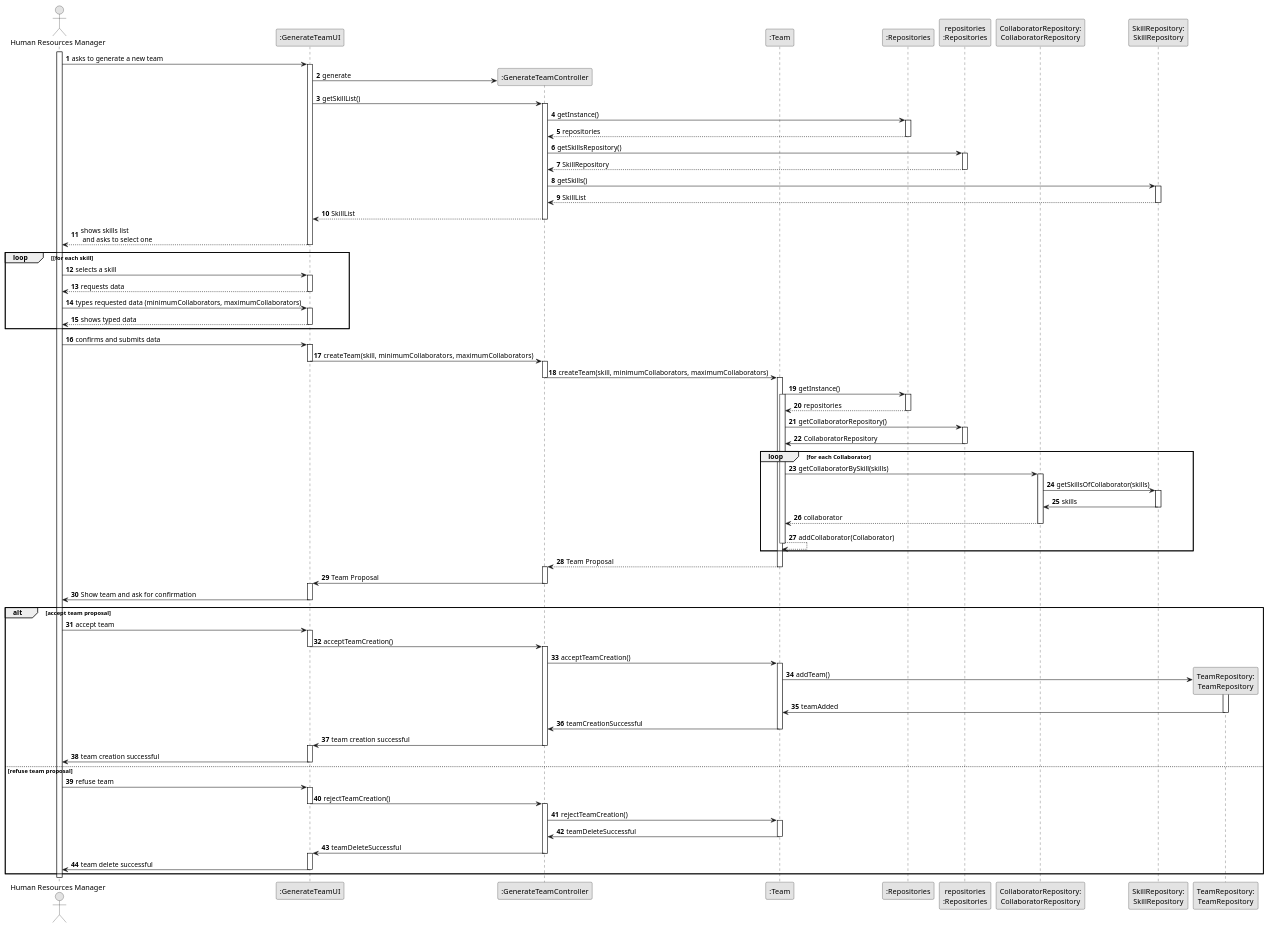
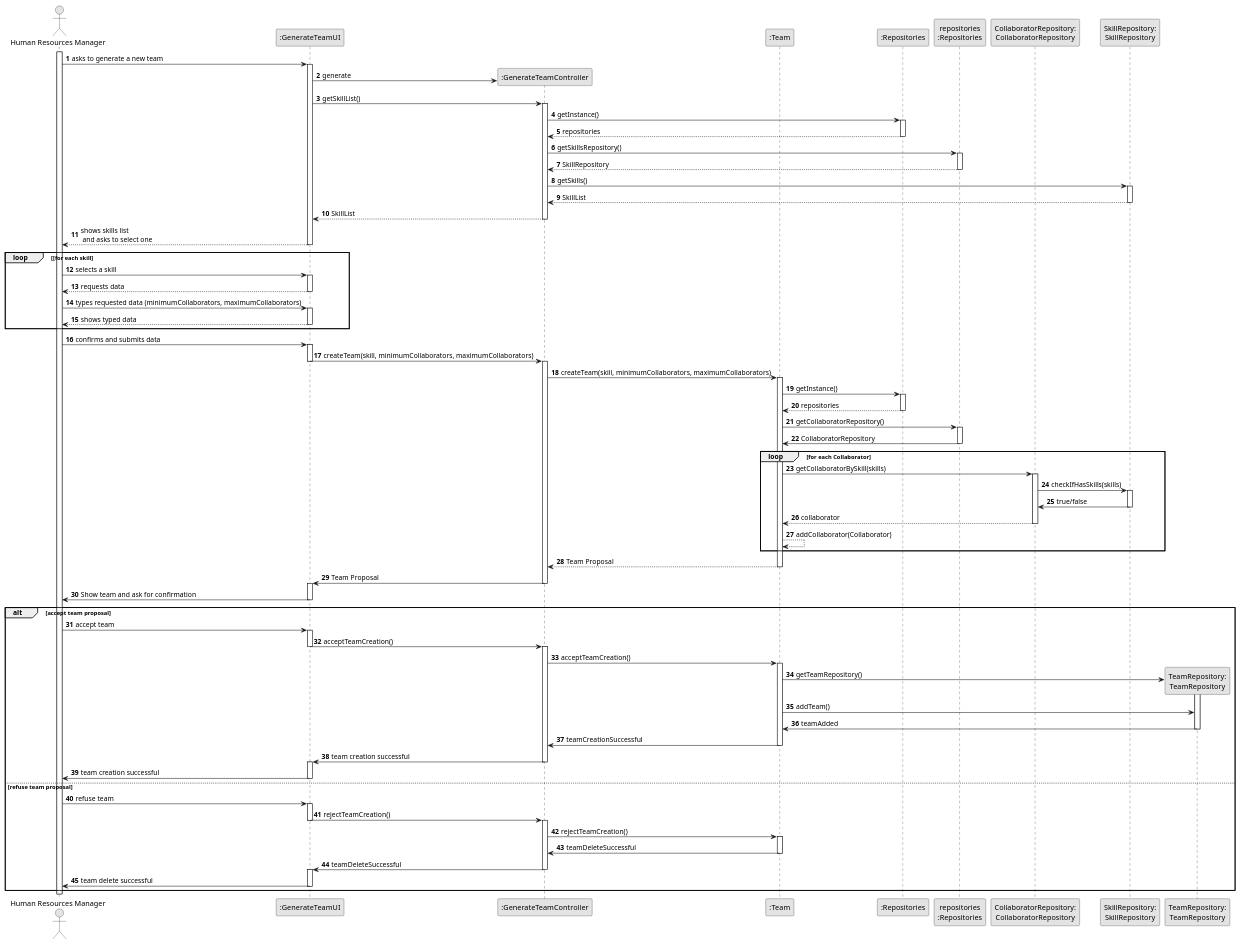
One commit to SAEmanuel/Green_Spaces_Management_ISEP changed the diagram in docs/sprintB/us005/03.design/puml/us005-sequence-diagram-full.puml. Above: the diagram before and after it, drawn with PlantUML.

Commit message:
US005 Design v2.6.0

```diff
--- a/docs/sprintB/us005/03.design/puml/us005-sequence-diagram-full.puml
+++ b/docs/sprintB/us005/03.design/puml/us005-sequence-diagram-full.puml
@@ -1,182 +1,182 @@
 @startuml
 skinparam monochrome true
 skinparam packageStyle rectangle
 skinparam shadowing false
 
 autonumber
 
 'hide footbox
 actor "Human Resources Manager" as HRM
 participant ":GenerateTeamUI" as UI
 participant ":GenerateTeamController" as CTRL
 participant ":Team" as Team
 participant ":Repositories" as RepositorySingleton
 participant "repositories\n:Repositories" as PLAT
 participant "CollaboratorRepository:\nCollaboratorRepository" as CollaboratorRepository
 participant "SkillRepository:\nSkillRepository" as SkillRepository
 participant "TeamRepository:\nTeamRepository" as TeamRepository
 
 
 activate HRM
 
         HRM -> UI : asks to generate a new team
 
         activate UI
 
             UI -> CTRL** : generate
 
             UI -> CTRL : getSkillList()
             activate CTRL
 
                 CTRL -> RepositorySingleton : getInstance()
                 activate RepositorySingleton
 
                     RepositorySingleton --> CTRL: repositories
                 deactivate RepositorySingleton
 
                 CTRL -> PLAT : getSkillsRepository()
                 activate PLAT
 
                     PLAT --> CTRL: SkillRepository
                 deactivate PLAT
 
                 CTRL -> SkillRepository : getSkills()
                 activate SkillRepository
 
                     SkillRepository --> CTRL : SkillList
                 deactivate SkillRepository
 
                 CTRL --> UI : SkillList
             deactivate CTRL
 
             UI --> HRM : shows skills list\n and asks to select one
         deactivate UI
 
     loop [for each skill
         HRM -> UI : selects a skill
         activate UI
 
             UI --> HRM : requests data
         deactivate UI
 
         HRM -> UI : types requested data (minimumCollaborators, maximumCollaborators)
         activate UI
 
             UI --> HRM : shows typed data
         deactivate UI
 
     end
 
 
     HRM -> UI : confirms and submits data
     activate UI
 
         UI -> CTRL : createTeam(skill, minimumCollaborators, maximumCollaborators)
         deactivate UI
 
         activate CTRL
 
             CTRL -> Team : createTeam(skill, minimumCollaborators, maximumCollaborators)
-        deactivate CTRL
 
         activate Team
 
 
                 Team -> RepositorySingleton : getInstance()
-                activate Team
 
                     activate RepositorySingleton
+
 
                         RepositorySingleton --> Team: repositories
                     deactivate RepositorySingleton
 
                     Team -> PLAT : getCollaboratorRepository()
                     activate PLAT
 
                         PLAT -> Team : CollaboratorRepository
                     deactivate PLAT
 
                     loop for each Collaborator
                         Team -> CollaboratorRepository : getCollaboratorBySkill(skills)
                         activate CollaboratorRepository
 
-                            CollaboratorRepository -> SkillRepository : getSkillsOfCollaborator(skills)
+                            CollaboratorRepository -> SkillRepository : checkIfHasSkills(skills)
                             activate SkillRepository
 
-                                SkillRepository -> CollaboratorRepository : skills
+                                SkillRepository -> CollaboratorRepository : true/false
                             deactivate SkillRepository
 
                             CollaboratorRepository --> Team : collaborator
                         deactivate CollaboratorRepository
                         Team --> Team : addCollaborator(Collaborator)
-                    deactivate Team
                     end
 
 
+
                     Team --> CTRL : Team Proposal
+
             deactivate Team
 
 
-        activate CTRL
 
 
             CTRL -> UI : Team Proposal
             deactivate CTRL
 
         activate UI
 
             UI -> HRM: Show team and ask for confirmation
             deactivate UI
             alt accept team proposal
 
 
                 HRM -> UI : accept team
                 activate UI
 
                 UI -> CTRL : acceptTeamCreation()
                 deactivate UI
                 activate CTRL
 
                 CTRL -> Team : acceptTeamCreation()
 
                 activate Team
 
-                    Team -> TeamRepository** : addTeam()
+                    Team -> TeamRepository** : getTeamRepository()
                     activate TeamRepository
+                    Team -> TeamRepository : addTeam()
 
                     TeamRepository -> Team : teamAdded
                     deactivate TeamRepository
                 Team -> CTRL : teamCreationSuccessful
                 deactivate Team
                 CTRL -> UI : team creation successful
                 deactivate CTRL
                 activate UI
 
                 UI -> HRM : team creation successful
                 deactivate UI
             else refuse team proposal
                HRM -> UI : refuse team
                activate UI
 
                UI -> CTRL : rejectTeamCreation()
                deactivate UI
 
                activate CTRL
 
                CTRL -> Team : rejectTeamCreation()
                activate Team
 
                Team -> CTRL : teamDeleteSuccessful
                deactivate Team
                CTRL -> UI : teamDeleteSuccessful
                deactivate CTRL
                activate UI
 
                UI -> HRM : team delete successful
                deactivate UI
             end
     deactivate UI
 
 deactivate HRM
 
 @enduml
```
